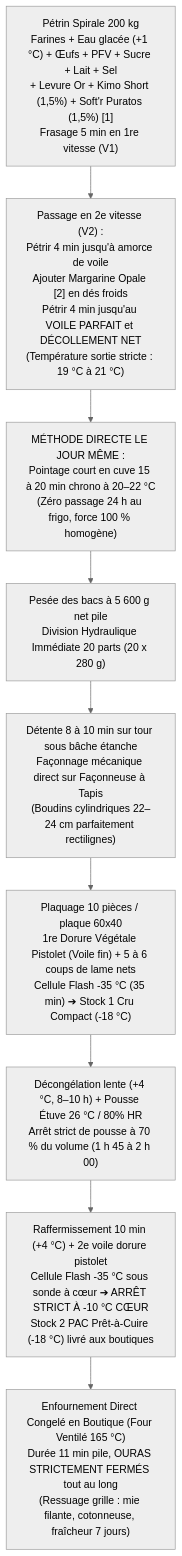
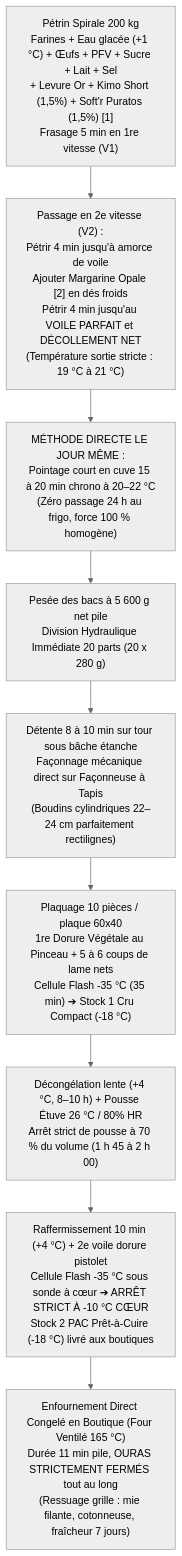
One commit to jri561/laboratoire-tourage-boulangerie changed the diagram in recettes/catalogue/v-vie-01-pain-viennois-nature-pac.md. Above: the diagram before and after it, drawn with Mermaid (neutral theme). The commit also changed other lines of this file and 15 other files, not shown here.

````diff
--- a/recettes/catalogue/v-vie-01-pain-viennois-nature-pac.md
+++ b/recettes/catalogue/v-vie-01-pain-viennois-nature-pac.md
@@ -63,12 +63,12 @@
 ```mermaid
 flowchart TD
     A["Pétrin Spirale 200 kg\nFarines + Eau glacée (+1 °C) + Œufs + PFV + Sucre + Lait + Sel\n+ Levure Or + Kimo Short (1,5%) + Soft'r Puratos (1,5%) [1]\nFrasage 5 min en 1re vitesse (V1)"]
     --> B["Passage en 2e vitesse (V2) :\nPétrir 4 min jusqu'à amorce de voile\nAjouter Margarine Opale [2] en dés froids\nPétrir 4 min jusqu'au VOILE PARFAIT et DÉCOLLEMENT NET\n(Température sortie stricte : 19 °C à 21 °C)"]
     --> C["MÉTHODE DIRECTE LE JOUR MÊME :\nPointage court en cuve 15 à 20 min chrono à 20–22 °C\n(Zéro passage 24 h au frigo, force 100 % homogène)"]
     --> D["Pesée des bacs à 5 600 g net pile\nDivision Hydraulique Immédiate 20 parts (20 x 280 g)"]
     --> E["Détente 8 à 10 min sur tour sous bâche étanche\nFaçonnage mécanique direct sur Façonneuse à Tapis\n(Boudins cylindriques 22–24 cm parfaitement rectilignes)"]
-    --> F["Plaquage 10 pièces / plaque 60x40\n1re Dorure Végétale Pistolet (Voile fin) + 5 à 6 coups de lame nets\nCellule Flash -35 °C (35 min) ➔ Stock 1 Cru Compact (-18 °C)"]
+    --> F["Plaquage 10 pièces / plaque 60x40\n1re Dorure Végétale au Pinceau + 5 à 6 coups de lame nets\nCellule Flash -35 °C (35 min) ➔ Stock 1 Cru Compact (-18 °C)"]
     --> G["Décongélation lente (+4 °C, 8–10 h) + Pousse Étuve 26 °C / 80% HR\nArrêt strict de pousse à 70 % du volume (1 h 45 à 2 h 00)"]
     --> H["Raffermissement 10 min (+4 °C) + 2e voile dorure pistolet\nCellule Flash -35 °C sous sonde à cœur ➔ ARRÊT STRICT À -10 °C CŒUR\nStock 2 PAC Prêt-à-Cuire (-18 °C) livré aux boutiques"]
     --> I["Enfournement Direct Congelé en Boutique (Four Ventilé 165 °C)\nDurée 11 min pile, OURAS STRICTEMENT FERMÉS tout au long\n(Ressuage grille : mie filante, cotonneuse, fraîcheur 7 jours)"]
 ```
````
